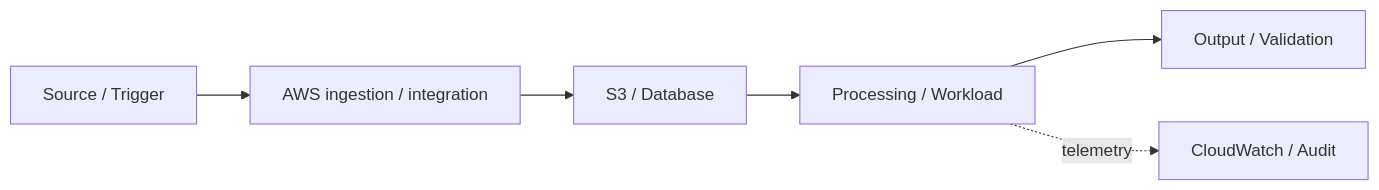
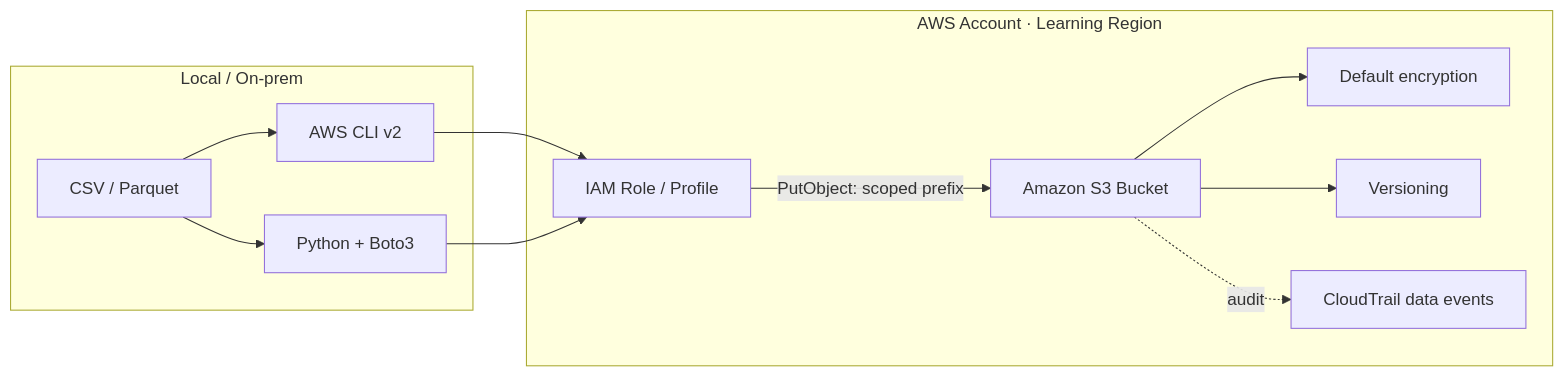
Before and after one commit to nguyenngocbinh/aws-usecase-learning-map: the first of 2 diagrams in docs/usecases/data-platform/uc01-upload-data.md, drawn with Mermaid. The commit also changed other lines of this file, not shown here.

````diff
--- a/docs/usecases/data-platform/uc01-upload-data.md
+++ b/docs/usecases/data-platform/uc01-upload-data.md
@@ -16,8 +27,23 @@
-```mermaid
+~~~mermaid
 flowchart LR
-  A["Source / Trigger"] --> B["AWS ingestion / integration"]
-  B --> C["S3 / Database"]
-  C --> D["Processing / Workload"]
-  D --> E["Output / Validation"]
-  D -. telemetry .-> F["CloudWatch / Audit"]
-```
+  subgraph LOCAL["Local / On-prem"]
+    FILE["CSV / Parquet"]
+    CLI["AWS CLI v2"]
+    PY["Python + Boto3"]
+  end
+  subgraph AWS["AWS Account · Learning Region"]
+    IAM["IAM Role / Profile"]
+    S3["Amazon S3 Bucket"]
+    ENC["Default encryption"]
+    VER["Versioning"]
+    CT["CloudTrail data events"]
+  end
+  FILE --> CLI
+  FILE --> PY
+  CLI --> IAM
+  PY --> IAM
+  IAM -->|"PutObject: scoped prefix"| S3
+  S3 --> ENC
+  S3 --> VER
+  S3 -. audit .-> CT
+~~~
````
